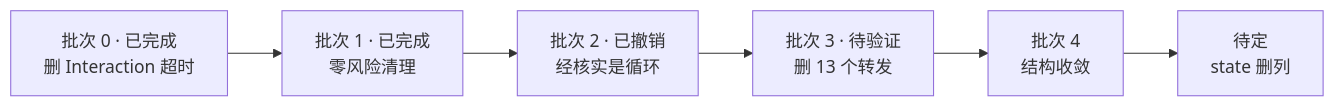
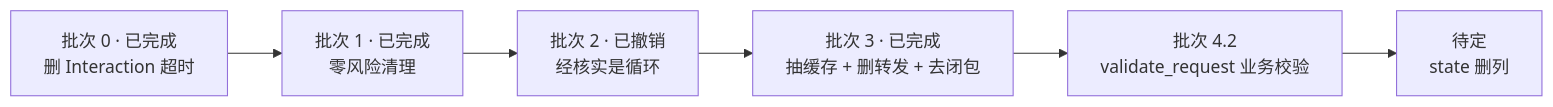
Before and after one commit to genesiscosmos/downcity: the diagram in docs/session-layer-cleanup-plan.md, drawn with Mermaid. The commit also changed other lines of this file and 6 other files, not shown here.

````diff
--- a/docs/session-layer-cleanup-plan.md
+++ b/docs/session-layer-cleanup-plan.md
@@ -319,8 +319,8 @@
 ```mermaid
 flowchart LR
     A[批次 0 · 已完成<br/>删 Interaction 超时] --> B[批次 1 · 已完成<br/>零风险清理]
     B --> C[批次 2 · 已撤销<br/>经核实是循环]
-    C --> D[批次 3 · 待验证<br/>删 13 个转发]
-    D --> E[批次 4<br/>结构收敛]
+    C --> D[批次 3 · 已完成<br/>抽缓存 + 删转发 + 去闭包]
+    D --> E[批次 4.2<br/>validate_request 业务校验]
     E --> F[待定<br/>state 删列]
 ```
````
